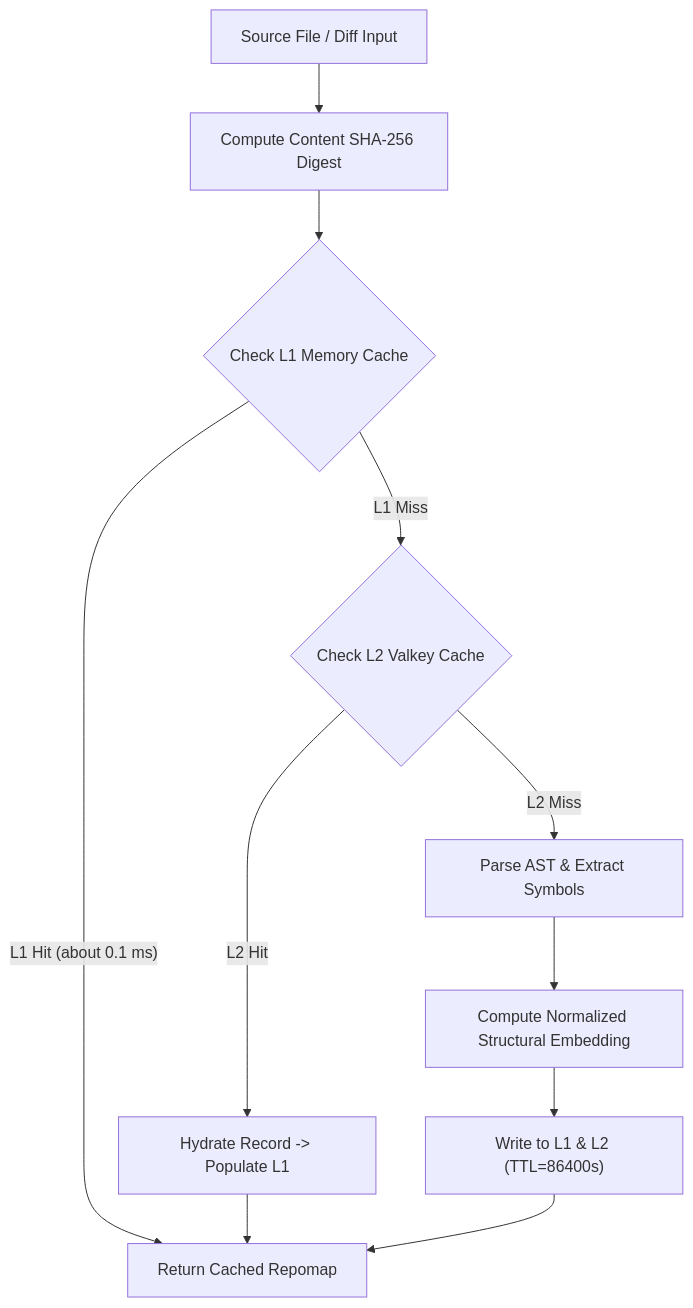
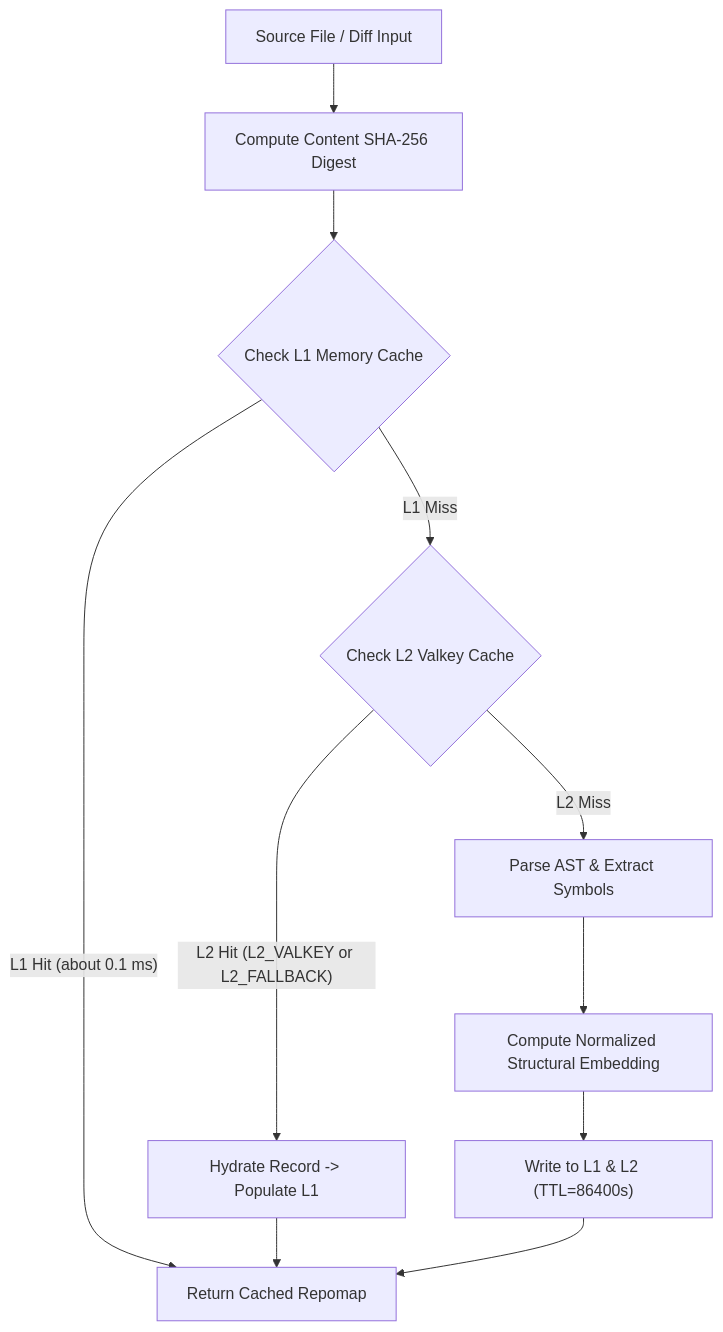
Before and after one commit to dan-petty/vibes: the diagram in examples/valkey-l2-repomap-cache/README.md, drawn with Mermaid. The commit also changed other lines of this file and 5 other files, not shown here.

First line of the commit message:
fix: Report Valkey cache fallback, real drift and LRU (#228)

````diff
--- a/examples/valkey-l2-repomap-cache/README.md
+++ b/examples/valkey-l2-repomap-cache/README.md
@@ -17,11 +17,11 @@
 ```mermaid
 flowchart TD
     Req["Source File / Diff Input"] --> HASH["Compute Content SHA-256 Digest"]
     HASH --> L1{"Check L1 Memory Cache"}
     L1 -->|"L1 Hit (about 0.1 ms)"| Ret["Return Cached Repomap"]
     L1 -->|L1 Miss| L2{"Check L2 Valkey Cache"}
-    L2 -->|"L2 Hit"| Hydrate["Hydrate Record -> Populate L1"] --> Ret
+    L2 -->|"L2 Hit (L2_VALKEY or L2_FALLBACK)"| Hydrate["Hydrate Record -> Populate L1"] --> Ret
     L2 -->|L2 Miss| Parse["Parse AST & Extract Symbols"]
     Parse --> Vector["Compute Normalized Structural Embedding"]
     Vector --> Store["Write to L1 & L2 (TTL=86400s)"] --> Ret
 ```
````
